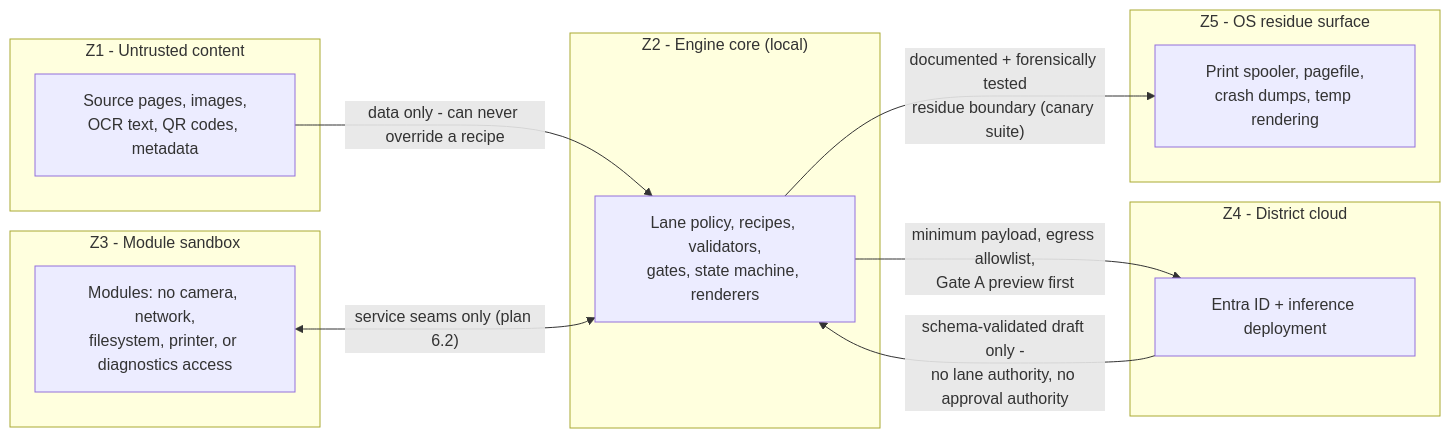
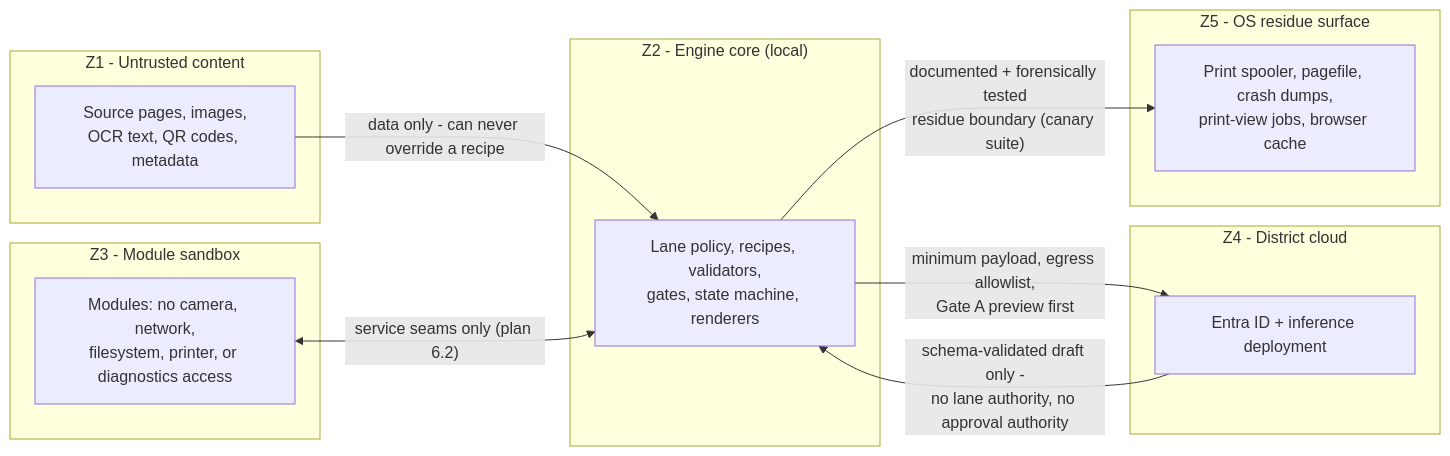
One commit to honest-ink-inc/open-classroom-foundry changed the second of 2 diagrams in docs/architecture/trust-boundaries.md. Above: the diagram before and after it, drawn with Mermaid. The commit also changed other lines of this file and 47 other files, not shown here.

````diff
--- a/docs/architecture/trust-boundaries.md
+++ b/docs/architecture/trust-boundaries.md
@@ -50,24 +53,24 @@
 ```mermaid
 flowchart LR
     subgraph Z1["Z1 - Untrusted content"]
         U["Source pages, images,<br/>OCR text, QR codes, metadata"]
     end
     subgraph Z2["Z2 - Engine core (local)"]
         E["Lane policy, recipes, validators,<br/>gates, state machine, renderers"]
     end
     subgraph Z3["Z3 - Module sandbox"]
         M["Modules: no camera, network,<br/>filesystem, printer, or diagnostics access"]
     end
     subgraph Z4["Z4 - District cloud"]
         C["Entra ID + inference deployment"]
     end
     subgraph Z5["Z5 - OS residue surface"]
-        O["Print spooler, pagefile,<br/>crash dumps, temp rendering"]
+        O["Print spooler, pagefile, crash dumps,<br/>print-view jobs, browser cache"]
     end
 
     U -->|"data only - can never override a recipe"| E
     M <-->|"service seams only (plan 6.2)"| E
     E -->|"minimum payload, egress allowlist,<br/>Gate A preview first"| C
     C -->|"schema-validated draft only -<br/>no lane authority, no approval authority"| E
     E -->|"documented + forensically tested<br/>residue boundary (canary suite)"| O
 ```
````
